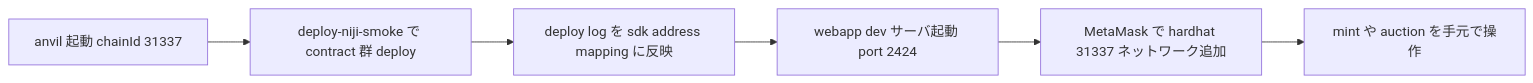
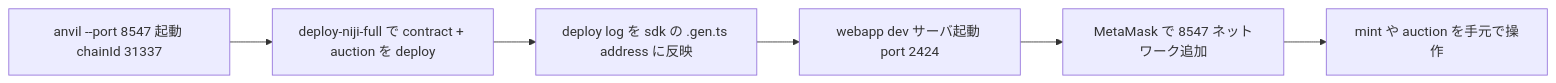
One commit to Niji-DAO/niji-monorepo changed the diagram in docs/local-dev.md. Above: the diagram before and after it, drawn with Mermaid. The commit also changed other lines of this file and 2 other files, not shown here.

````diff
--- a/docs/local-dev.md
+++ b/docs/local-dev.md
@@ -7,8 +7,8 @@
 ```mermaid
 graph LR
-    A[anvil 起動 chainId 31337] --> B[deploy-niji-smoke で contract 群 deploy]
-    B --> C[deploy log を sdk address mapping に反映]
+    A[anvil --port 8547 起動 chainId 31337] --> B[deploy-niji-full で contract + auction を deploy]
+    B --> C[deploy log を sdk の .gen.ts address に反映]
     C --> D[webapp dev サーバ起動 port 2424]
-    D --> E[MetaMask で hardhat 31337 ネットワーク追加]
+    D --> E[MetaMask で 8547 ネットワーク追加]
     E --> F[mint や auction を手元で操作]
 ```
````
